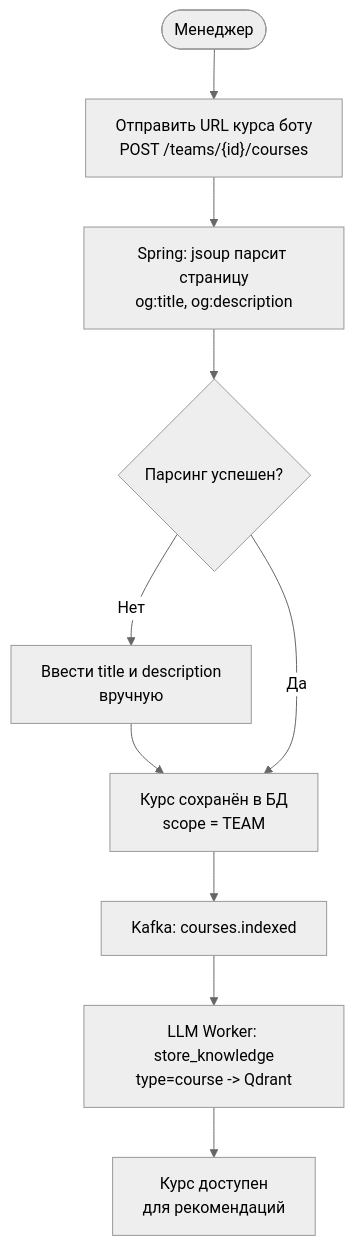
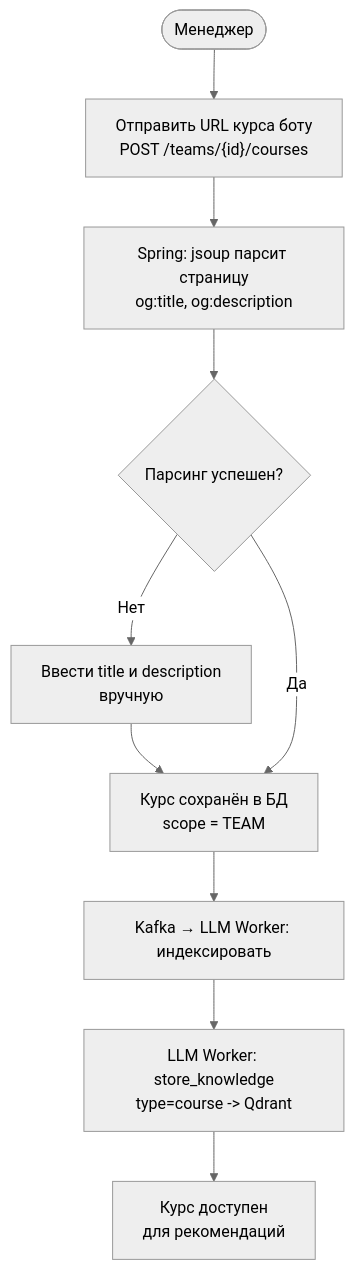
The ninth of 12 diagrams in docs/user-flows.md (42team-ru/teampilot), drawn with Mermaid (neutral theme) before and after one commit. The commit also changed other lines of this file and 2 other files, not shown here.

````diff
--- a/docs/user-flows.md
+++ b/docs/user-flows.md
@@ -337,12 +335,12 @@
 ```mermaid
 flowchart TD
     A([Менеджер]) --> B["Отправить URL курса боту\nPOST /teams/{id}/courses"]
     B --> C["Spring: jsoup парсит страницу\nog:title, og:description"]
     C --> D{Парсинг успешен?}
     D -->|Нет| E["Ввести title и description\nвручную"]
     E --> F["Курс сохранён в БД\nscope = TEAM"]
     D -->|Да| F
-    F --> G["Kafka: courses.indexed"]
+    F --> G["Kafka → LLM Worker: индексировать"]
     G --> H["LLM Worker: store_knowledge\ntype=course -> Qdrant"]
     H --> I["Курс доступен\nдля рекомендаций"]
 ```
````
